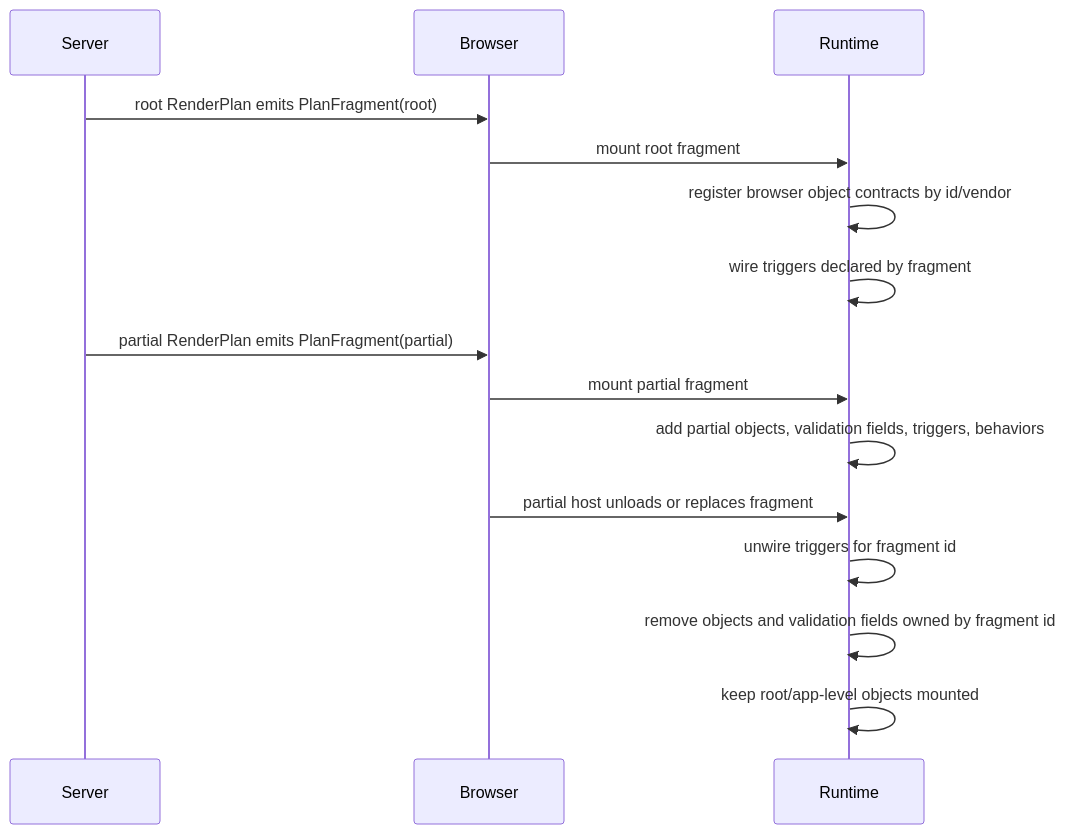
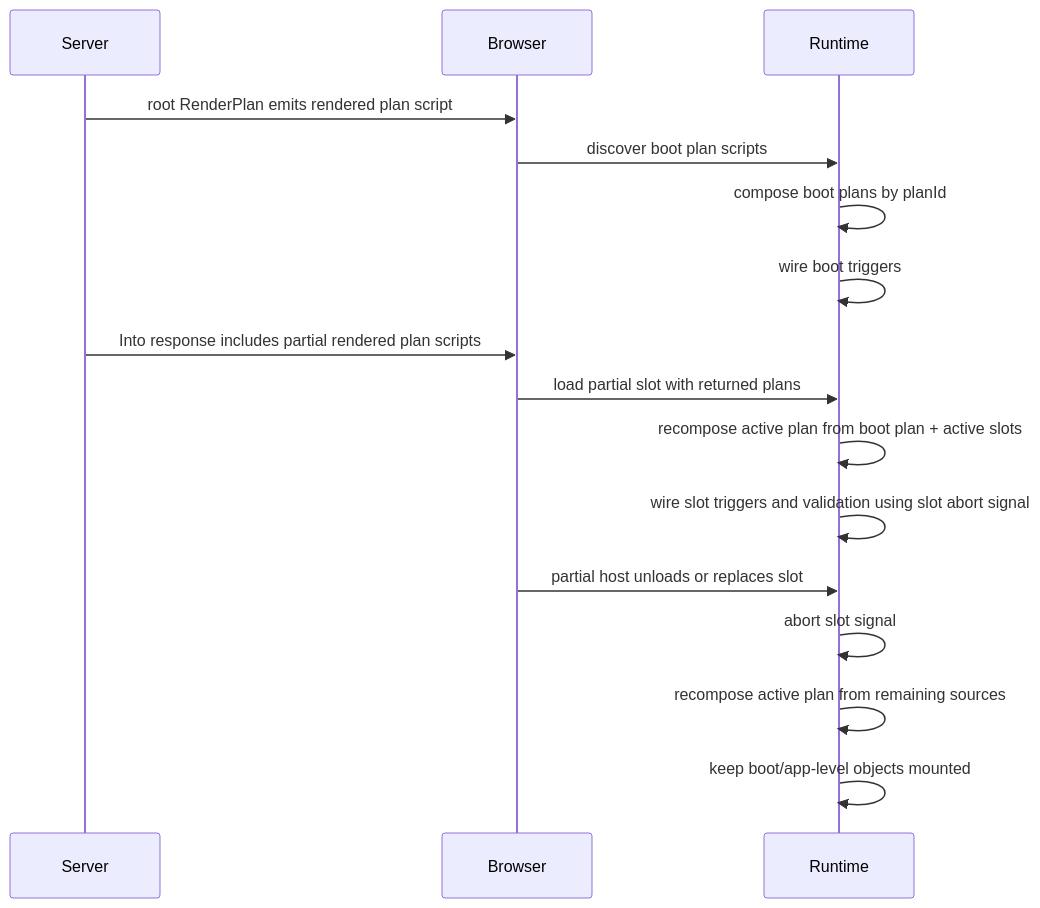
Before and after one commit to marafiq/alis-reactive: the third of 8 diagrams in docs/design/reactive-plan-domain-design.md, drawn with Mermaid. The commit also changed other lines of this file and 6 other files, not shown here.

Commit message:
Recompose partial slot plans

````diff
--- a/docs/design/reactive-plan-domain-design.md
+++ b/docs/design/reactive-plan-domain-design.md
@@ -155,20 +155,21 @@
 ```mermaid
 sequenceDiagram
     participant Server
     participant Browser
     participant Runtime
 
-    Server->>Browser: root RenderPlan emits PlanFragment(root)
-    Browser->>Runtime: mount root fragment
-    Runtime->>Runtime: register browser object contracts by id/vendor
-    Runtime->>Runtime: wire triggers declared by fragment
+    Server->>Browser: root RenderPlan emits rendered plan script
+    Browser->>Runtime: discover boot plan scripts
+    Runtime->>Runtime: compose boot plans by planId
+    Runtime->>Runtime: wire boot triggers
 
-    Server->>Browser: partial RenderPlan emits PlanFragment(partial)
-    Browser->>Runtime: mount partial fragment
-    Runtime->>Runtime: add partial objects, validation fields, triggers, behaviors
+    Server->>Browser: Into response includes partial rendered plan scripts
+    Browser->>Runtime: load partial slot with returned plans
+    Runtime->>Runtime: recompose active plan from boot plan + active slots
+    Runtime->>Runtime: wire slot triggers and validation using slot abort signal
 
-    Browser->>Runtime: partial host unloads or replaces fragment
-    Runtime->>Runtime: unwire triggers for fragment id
-    Runtime->>Runtime: remove objects and validation fields owned by fragment id
-    Runtime->>Runtime: keep root/app-level objects mounted
+    Browser->>Runtime: partial host unloads or replaces slot
+    Runtime->>Runtime: abort slot signal
+    Runtime->>Runtime: recompose active plan from remaining sources
+    Runtime->>Runtime: keep boot/app-level objects mounted
 ```
````
